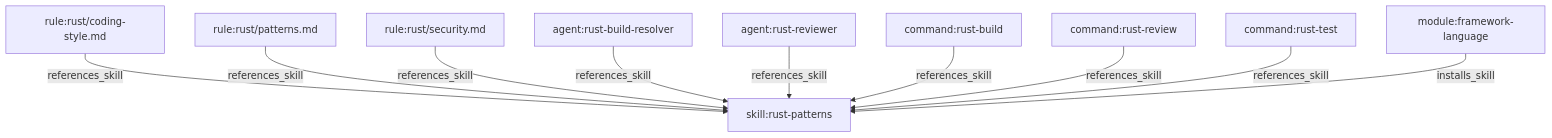
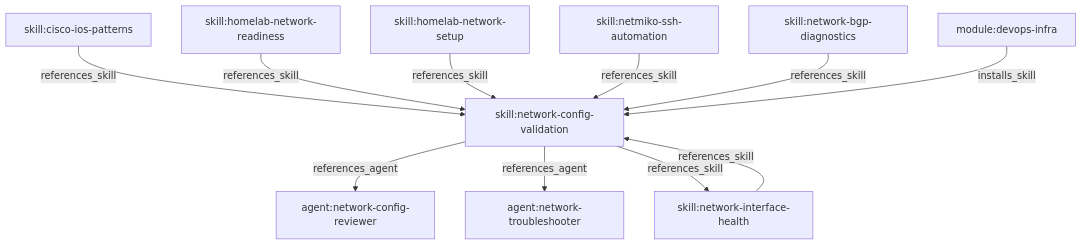
The fourth of 10 diagrams in .claude/skills/dependency-graph/DEPENDENCY-GRAPH.md (coderofmutou/ecc-custom), drawn with Mermaid before and after one commit. The commit also changed other lines of this file and 95 other files, not shown here.

````diff
--- a/.claude/skills/dependency-graph/DEPENDENCY-GRAPH.md
+++ b/.claude/skills/dependency-graph/DEPENDENCY-GRAPH.md
@@ -292,12 +198,13 @@
 ```mermaid
 graph TD
-  rule_rust_coding_style_md["rule:rust/coding-style.md"] -->|references_skill| skill_rust_patterns["skill:rust-patterns"]
-  rule_rust_patterns_md["rule:rust/patterns.md"] -->|references_skill| skill_rust_patterns["skill:rust-patterns"]
-  rule_rust_security_md["rule:rust/security.md"] -->|references_skill| skill_rust_patterns["skill:rust-patterns"]
-  agent_rust_build_resolver["agent:rust-build-resolver"] -->|references_skill| skill_rust_patterns["skill:rust-patterns"]
-  agent_rust_reviewer["agent:rust-reviewer"] -->|references_skill| skill_rust_patterns["skill:rust-patterns"]
-  command_rust_build["command:rust-build"] -->|references_skill| skill_rust_patterns["skill:rust-patterns"]
-  command_rust_review["command:rust-review"] -->|references_skill| skill_rust_patterns["skill:rust-patterns"]
-  command_rust_test["command:rust-test"] -->|references_skill| skill_rust_patterns["skill:rust-patterns"]
-  module_framework_language["module:framework-language"] -->|installs_skill| skill_rust_patterns["skill:rust-patterns"]
+  skill_cisco_ios_patterns["skill:cisco-ios-patterns"] -->|references_skill| skill_network_config_validation["skill:network-config-validation"]
+  skill_homelab_network_readiness["skill:homelab-network-readiness"] -->|references_skill| skill_network_config_validation["skill:network-config-validation"]
+  skill_homelab_network_setup["skill:homelab-network-setup"] -->|references_skill| skill_network_config_validation["skill:network-config-validation"]
+  skill_netmiko_ssh_automation["skill:netmiko-ssh-automation"] -->|references_skill| skill_network_config_validation["skill:network-config-validation"]
+  skill_network_bgp_diagnostics["skill:network-bgp-diagnostics"] -->|references_skill| skill_network_config_validation["skill:network-config-validation"]
+  skill_network_config_validation["skill:network-config-validation"] -->|references_agent| agent_network_config_reviewer["agent:network-config-reviewer"]
+  skill_network_config_validation["skill:network-config-validation"] -->|references_agent| agent_network_troubleshooter["agent:network-troubleshooter"]
+  skill_network_config_validation["skill:network-config-validation"] -->|references_skill| skill_network_interface_health["skill:network-interface-health"]
+  skill_network_interface_health["skill:network-interface-health"] -->|references_skill| skill_network_config_validation["skill:network-config-validation"]
+  module_devops_infra["module:devops-infra"] -->|installs_skill| skill_network_config_validation["skill:network-config-validation"]
 ```
````
